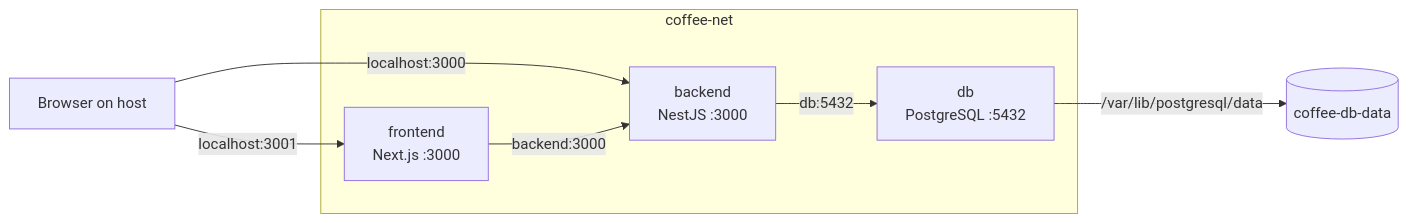
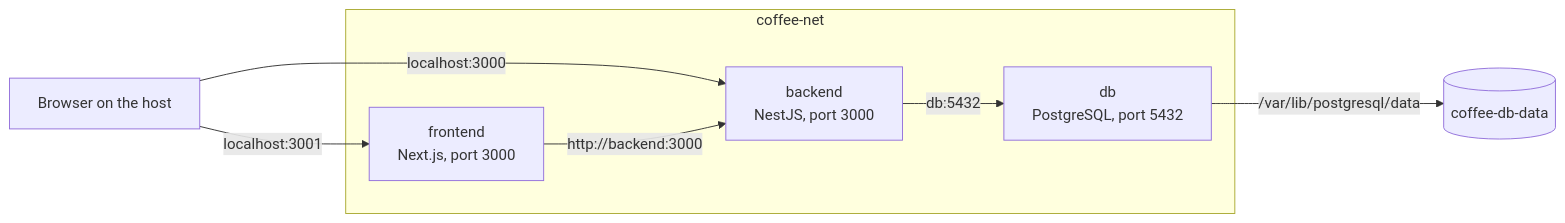
Before and after one commit to filzac98/coffee-tracker: the diagram in README.md, drawn with Mermaid. The commit also changed other lines of this file, not shown here.

````diff
--- a/README.md
+++ b/README.md
@@ -21,18 +21,16 @@
 ```mermaid
 flowchart LR
-    browser["Browser on host"]
-
+    browser["Browser on the host"]
     subgraph net ["coffee-net"]
-        frontend["frontend<br/>Next.js :3000"]
-        backend["backend<br/>NestJS :3000"]
-        db["db<br/>PostgreSQL :5432"]
+        frontend["frontend<br/>Next.js, port 3000"]
+        backend["backend<br/>NestJS, port 3000"]
+        db["db<br/>PostgreSQL, port 5432"]
     end
-
     volume[("coffee-db-data")]
 
     browser -- "localhost:3001" --> frontend
     browser -- "localhost:3000" --> backend
-    frontend -- "backend:3000" --> backend
+    frontend -- "http://backend:3000" --> backend
     backend -- "db:5432" --> db
     db -- "/var/lib/postgresql/data" --> volume
 ```
````
